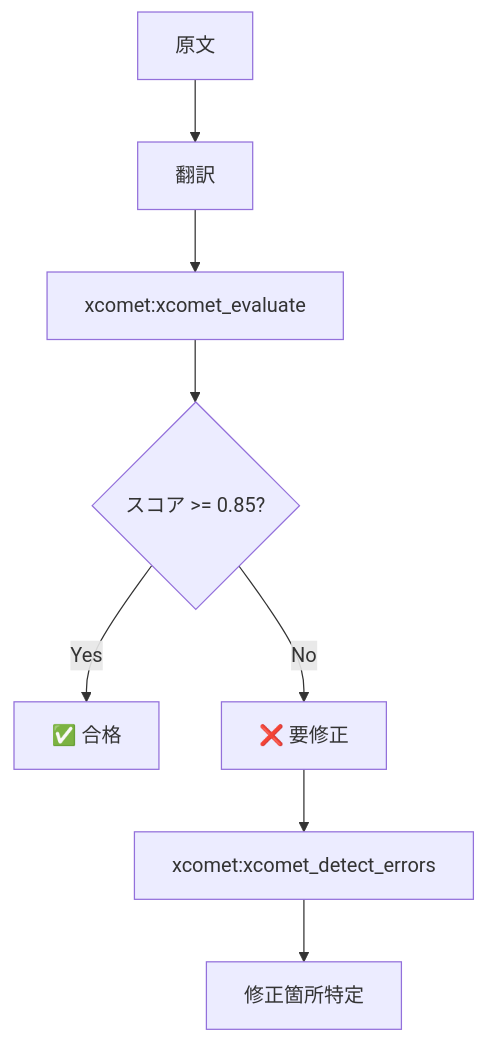
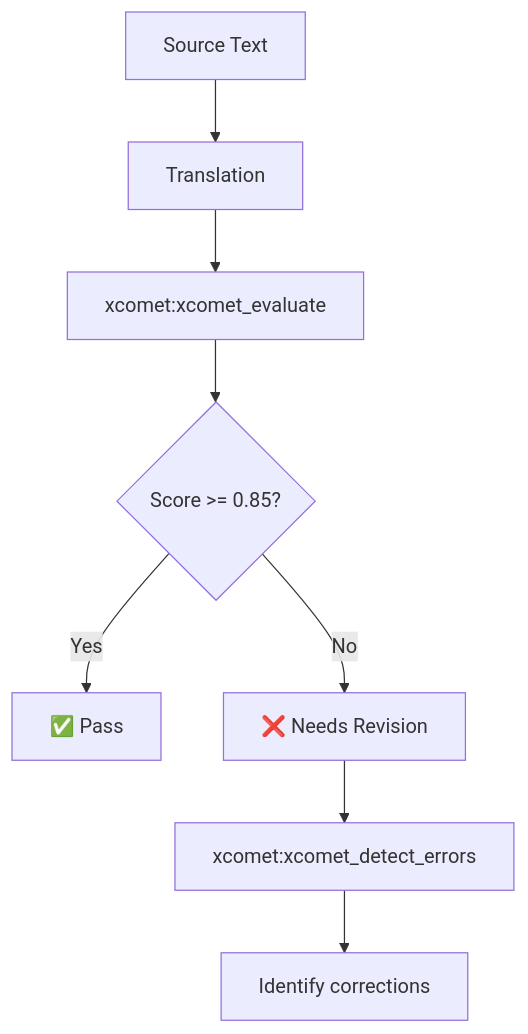
The fourth of 5 diagrams in docs/workflows/development-phases.md (shuji-bonji/ai-agent-architecture), drawn with Mermaid before and after one commit. The commit also changed other lines of this file and 42 other files, not shown here.

````diff
--- a/docs/workflows/development-phases.md
+++ b/docs/workflows/development-phases.md
@@ -167,10 +169,10 @@
 ```mermaid
 flowchart TB
-    SOURCE[原文] --> TRANSLATE[翻訳]
+    SOURCE[Source Text] --> TRANSLATE[Translation]
     TRANSLATE --> EVAL[xcomet:xcomet_evaluate]
-    EVAL --> CHECK{スコア >= 0.85?}
-    CHECK -->|Yes| PASS[✅ 合格]
-    CHECK -->|No| FAIL[❌ 要修正]
+    EVAL --> CHECK{Score >= 0.85?}
+    CHECK -->|Yes| PASS[✅ Pass]
+    CHECK -->|No| FAIL[❌ Needs Revision]
     FAIL --> ERRORS[xcomet:xcomet_detect_errors]
-    ERRORS --> FIX[修正箇所特定]
+    ERRORS --> FIX[Identify corrections]
 ```
````
